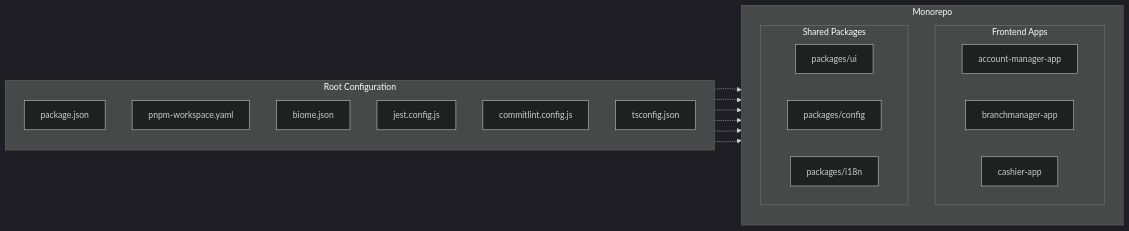
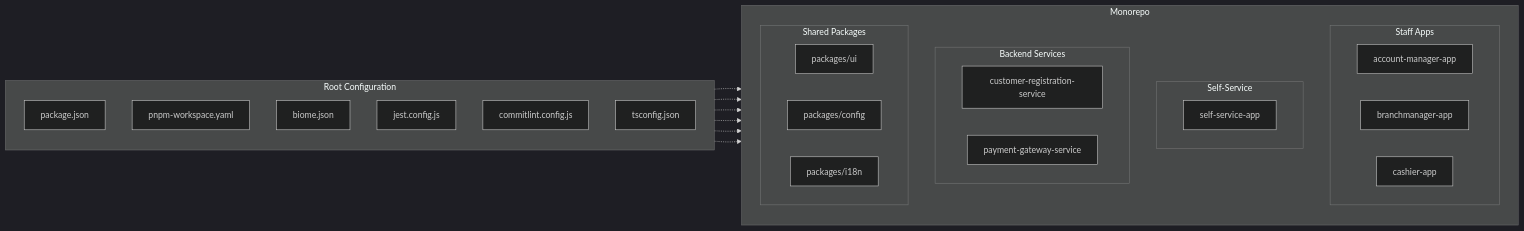
Before and after one commit to ADORSYS-GIS/fineract-apps: the eighth of 8 diagrams in docs/architecture-guide.md, drawn with Mermaid (dark theme). The commit also changed other lines of this file and 13 other files, not shown here.

First line of the commit message:
feat(self-service): add KYC document upload and update architecture docs

````diff
--- a/docs/architecture-guide.md
+++ b/docs/architecture-guide.md
@@ -75,34 +263,43 @@
 ```mermaid
 graph LR;
     subgraph Root Configuration
         direction TB
         RootPackageJson[package.json]
         PnpmWorkspace[pnpm-workspace.yaml]
         BiomeJson[biome.json]
         JestConfig[jest.config.js]
         CommitLint[commitlint.config.js]
         TSConfig[tsconfig.json]
     end
 
     subgraph Monorepo
         direction TB
-        subgraph Frontend Apps
+        subgraph Staff Apps
             A[account-manager-app]
             B[branchmanager-app]
             C[cashier-app]
+        end
+
+        subgraph Self-Service
+            SSA[self-service-app]
+        end
+
+        subgraph Backend Services
+            CRS[customer-registration-service]
+            PGS[payment-gateway-service]
         end
 
         subgraph Shared Packages
             UI[packages/ui]
             Config[packages/config]
             I18n[packages/i18n]
         end
     end
 
     RootPackageJson -.-> Monorepo;
     PnpmWorkspace -.-> Monorepo;
     BiomeJson -.-> Monorepo;
     JestConfig -.-> Monorepo;
     CommitLint -.-> Monorepo;
     TSConfig -.-> Monorepo;
 ```
````
